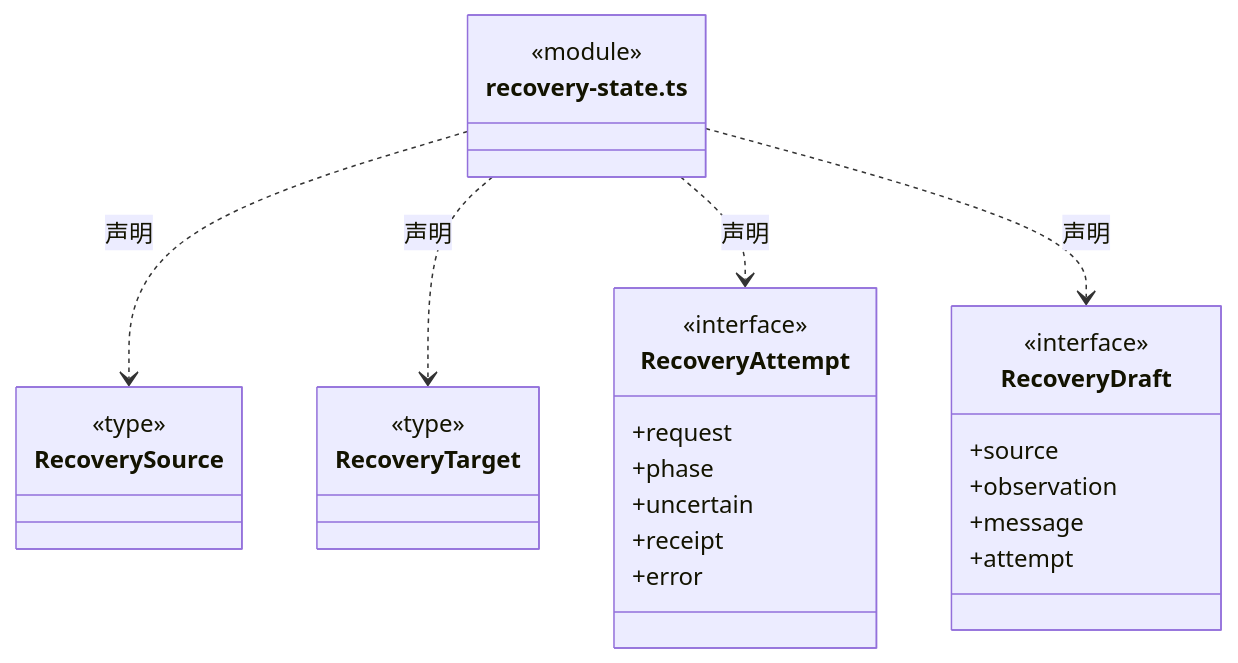
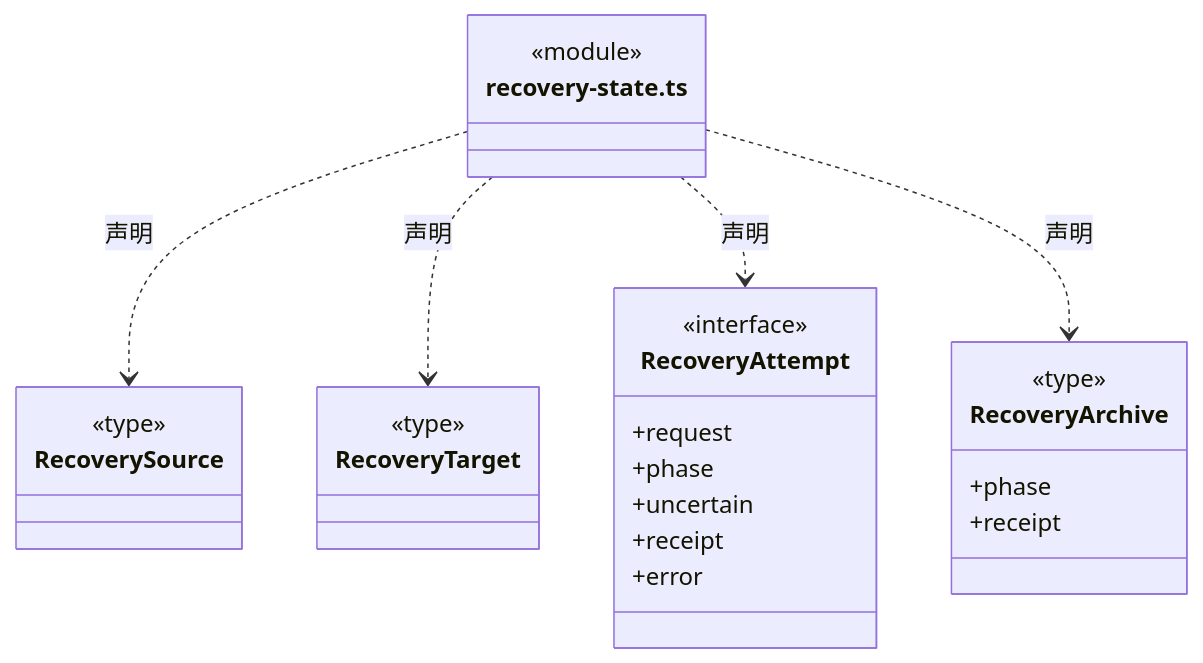
One commit to nan023062/cbim changed diagram 24 of 56 in src/frontend/tasks/ARCHITECTURE.md. Above: the diagram before and after it, drawn with Mermaid. The commit also changed other lines of this file and 21 other files, not shown here.

````diff
--- a/src/frontend/tasks/ARCHITECTURE.md
+++ b/src/frontend/tasks/ARCHITECTURE.md
@@ -474,33 +475,31 @@
 ```mermaid
 classDiagram
 class N_src_frontend_tasks_recovery_state_ts["recovery-state.ts"] {
   <<module>>
 }
 class N_src_frontend_tasks_recovery_state_ts_RecoverySource["RecoverySource"] {
   <<type>>
 
 }
 N_src_frontend_tasks_recovery_state_ts ..> N_src_frontend_tasks_recovery_state_ts_RecoverySource : 声明
 class N_src_frontend_tasks_recovery_state_ts_RecoveryTarget["RecoveryTarget"] {
   <<type>>
 
 }
 N_src_frontend_tasks_recovery_state_ts ..> N_src_frontend_tasks_recovery_state_ts_RecoveryTarget : 声明
 class N_src_frontend_tasks_recovery_state_ts_RecoveryAttempt["RecoveryAttempt"] {
   <<interface>>
   +request
   +phase
   +uncertain
   +receipt
   +error
 }
 N_src_frontend_tasks_recovery_state_ts ..> N_src_frontend_tasks_recovery_state_ts_RecoveryAttempt : 声明
-class N_src_frontend_tasks_recovery_state_ts_RecoveryDraft["RecoveryDraft"] {
-  <<interface>>
-  +source
-  +observation
-  +message
-  +attempt
+class N_src_frontend_tasks_recovery_state_ts_RecoveryArchive["RecoveryArchive"] {
+  <<type>>
+  +phase
+  +receipt
 }
-N_src_frontend_tasks_recovery_state_ts ..> N_src_frontend_tasks_recovery_state_ts_RecoveryDraft : 声明
+N_src_frontend_tasks_recovery_state_ts ..> N_src_frontend_tasks_recovery_state_ts_RecoveryArchive : 声明
 ```
````
